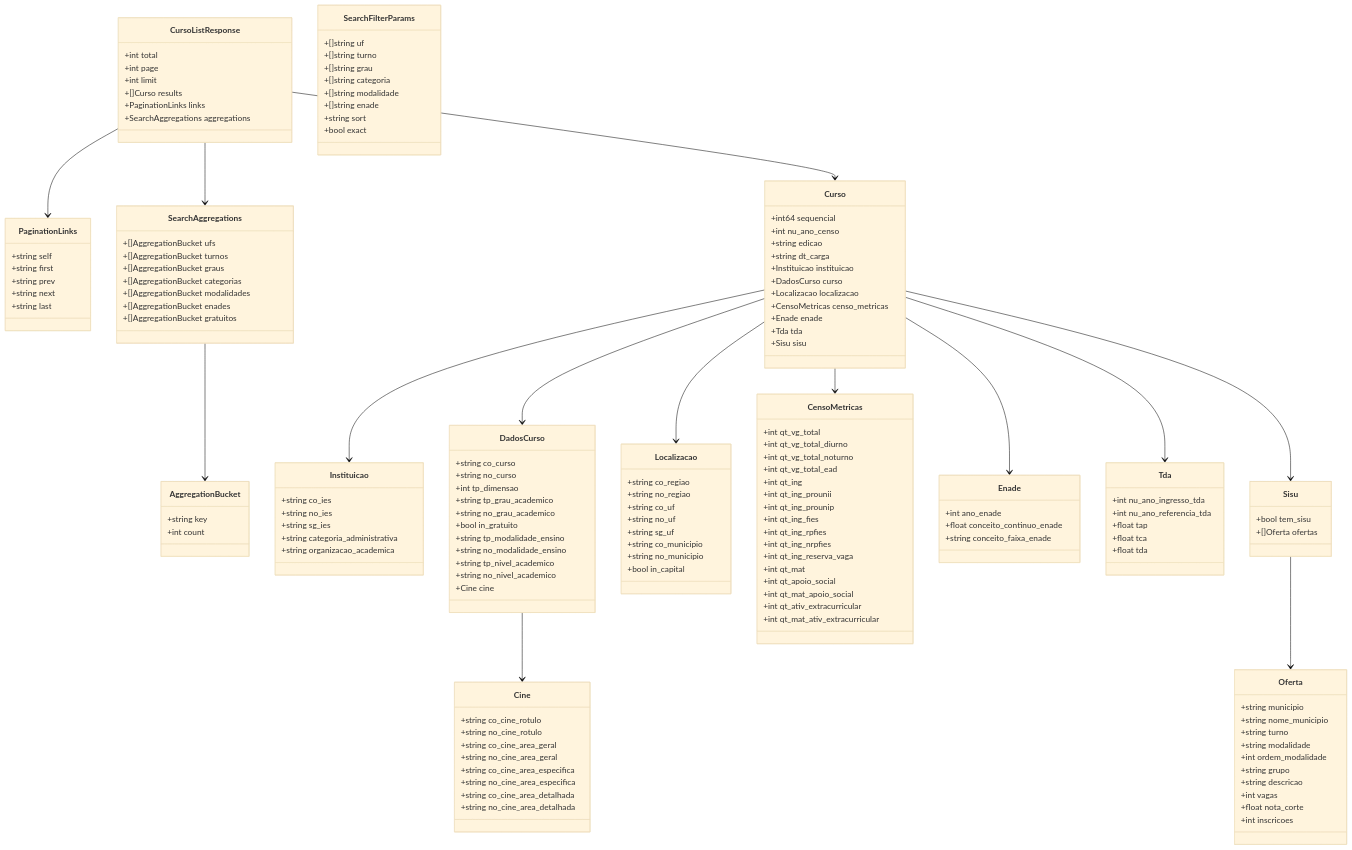
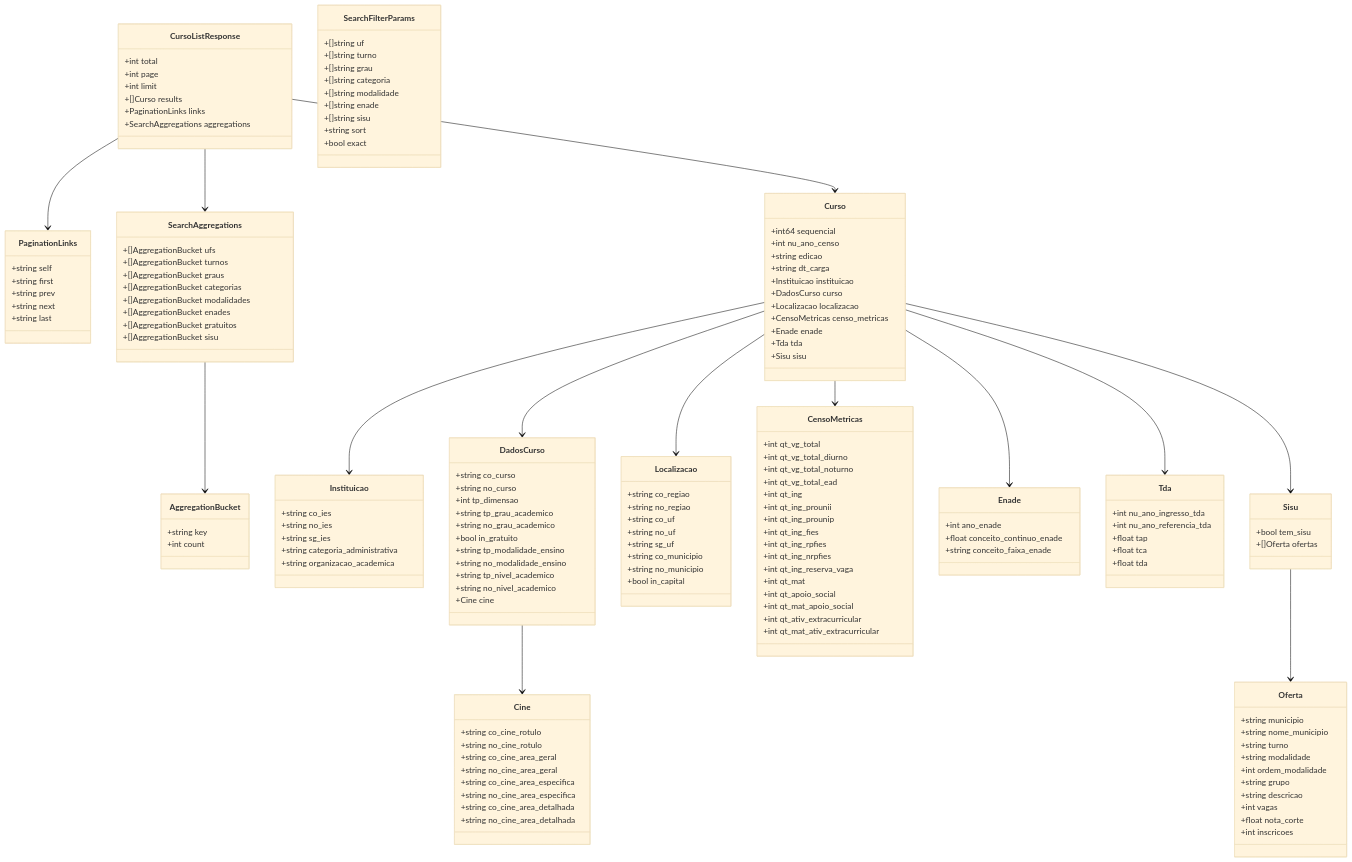
Before and after one commit to RicardoIreno/sou_estudante: the diagram in docs/20.api.md, drawn with Mermaid (base theme). The commit also changed other lines of this file and 10 other files, not shown here.

```diff
--- a/docs/20.api.md
+++ b/docs/20.api.md
@@ -65,6 +65,7 @@
         +[]string categoria
         +[]string modalidade
         +[]string enade
+        +[]string sisu
         +string sort
         +bool exact
     }
@@ -77,6 +78,7 @@
         +[]AggregationBucket modalidades
         +[]AggregationBucket enades
         +[]AggregationBucket gratuitos
+        +[]AggregationBucket sisu
     }
 
     class AggregationBucket {
```
